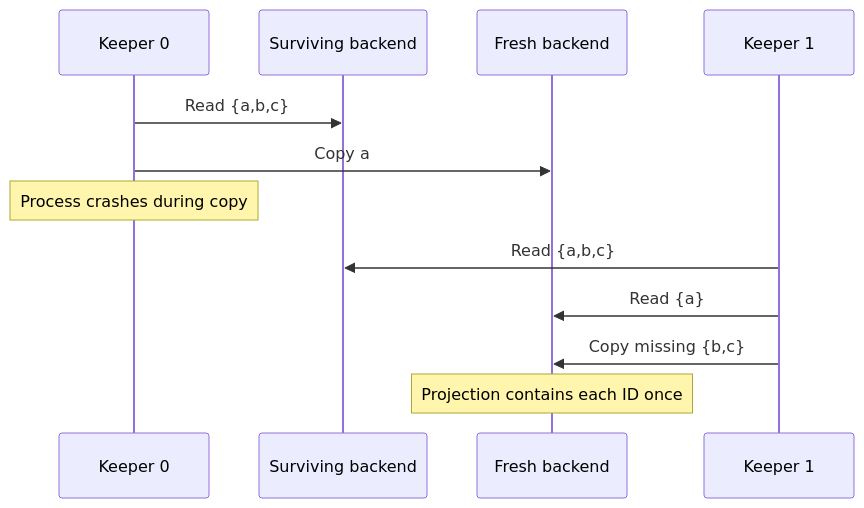
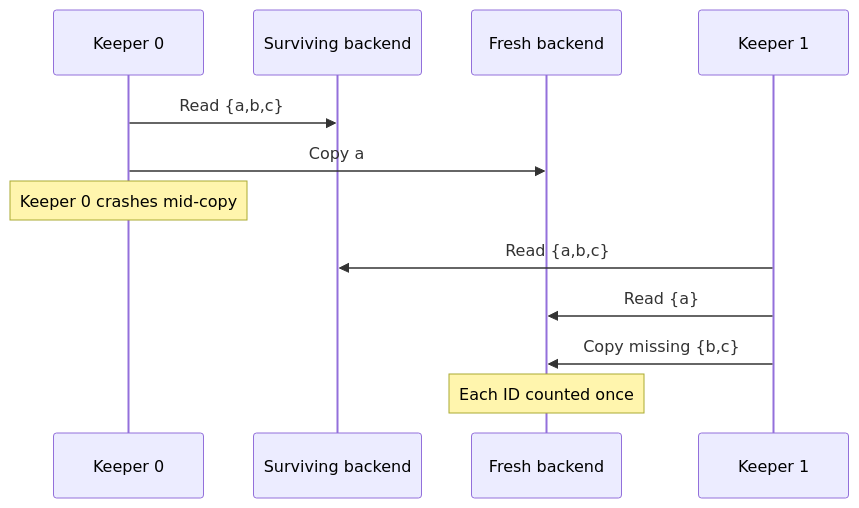
Before and after one commit to liuziyue141/ringstore: the diagram in docs/architecture.md, drawn with Mermaid. The commit also changed other lines of this file and 3 other files, not shown here.

````diff
--- a/docs/architecture.md
+++ b/docs/architecture.md
@@ -79,14 +124,14 @@
 ```mermaid
 sequenceDiagram
     participant K1 as Keeper 0
     participant S as Surviving backend
     participant D as Fresh backend
     participant K2 as Keeper 1
     K1->>S: Read {a,b,c}
     K1->>D: Copy a
-    Note over K1: Process crashes during copy
+    Note over K1: Keeper 0 crashes mid-copy
     K2->>S: Read {a,b,c}
     K2->>D: Read {a}
     K2->>D: Copy missing {b,c}
-    Note over D: Projection contains each ID once
+    Note over D: Each ID counted once
 ```
````
